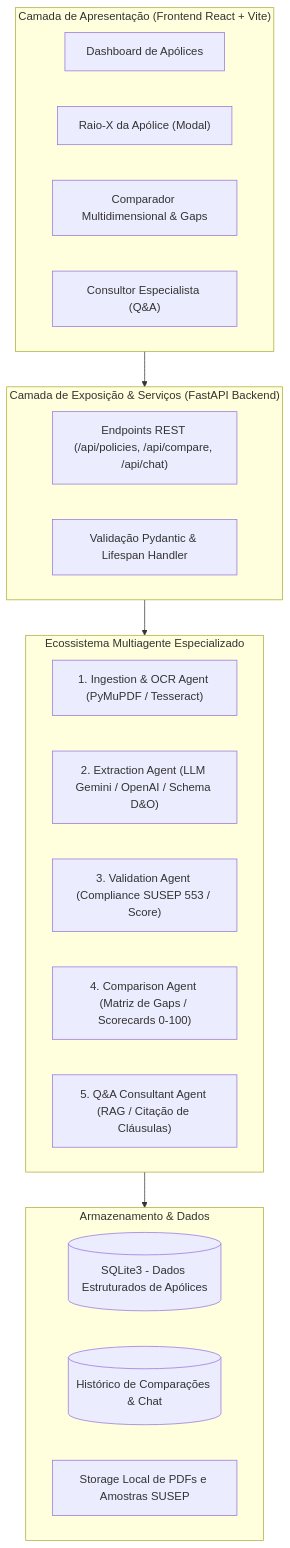
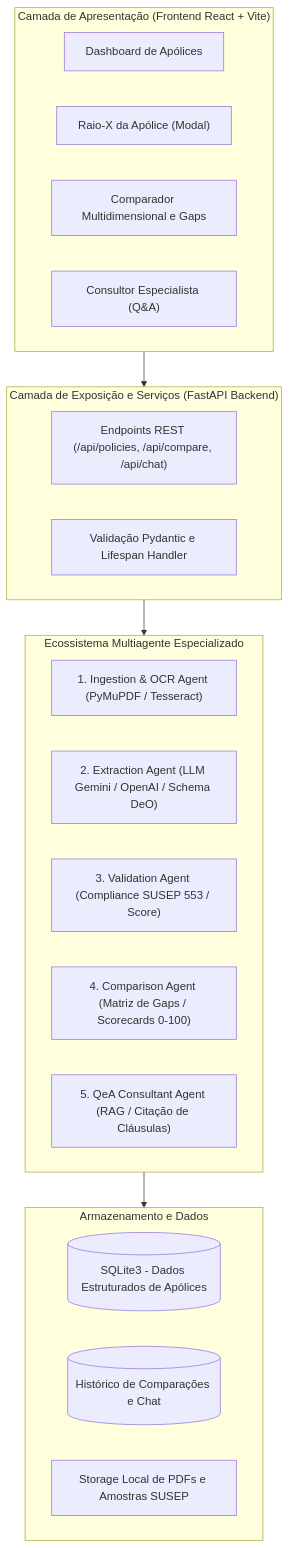
One commit to diogodmsena/insurminds-apolice-360 changed the diagram in README.md. Above: the diagram before and after it, drawn with Mermaid. The commit also changed other lines of this file and 7 other files, not shown here.

````diff
--- a/README.md
+++ b/README.md
@@ -31,32 +31,32 @@
 ```mermaid
 flowchart TD
     subgraph UI["Camada de Apresentação (Frontend React + Vite)"]
         A1["Dashboard de Apólices"]
         A2["Raio-X da Apólice (Modal)"]
-        A3["Comparador Multidimensional & Gaps"]
+        A3["Comparador Multidimensional e Gaps"]
         A4["Consultor Especialista (Q&A)"]
     end
 
-    subgraph API["Camada de Exposição & Serviços (FastAPI Backend)"]
+    subgraph API["Camada de Exposição e Serviços (FastAPI Backend)"]
         B1["Endpoints REST (/api/policies, /api/compare, /api/chat)"]
-        B2["Validação Pydantic & Lifespan Handler"]
+        B2["Validação Pydantic e Lifespan Handler"]
     end
 
     subgraph AGENTS["Ecossistema Multiagente Especializado"]
         C1["1. Ingestion & OCR Agent (PyMuPDF / Tesseract)"]
-        C2["2. Extraction Agent (LLM Gemini / OpenAI / Schema D&O)"]
+        C2["2. Extraction Agent (LLM Gemini / OpenAI / Schema DeO)"]
         C3["3. Validation Agent (Compliance SUSEP 553 / Score)"]
         C4["4. Comparison Agent (Matriz de Gaps / Scorecards 0-100)"]
-        C5["5. Q&A Consultant Agent (RAG / Citação de Cláusulas)"]
+        C5["5. QeA Consultant Agent (RAG / Citação de Cláusulas)"]
     end
 
-    subgraph PERSISTENCE["Armazenamento & Dados"]
+    subgraph PERSISTENCE["Armazenamento e Dados"]
         D1[("SQLite3 - Dados Estruturados de Apólices")]
-        D2[("Histórico de Comparações & Chat")]
+        D2[("Histórico de Comparações e Chat")]
         D3["Storage Local de PDFs e Amostras SUSEP"]
     end
 
     UI --> API
     API --> AGENTS
     AGENTS --> PERSISTENCE
 ```
````
